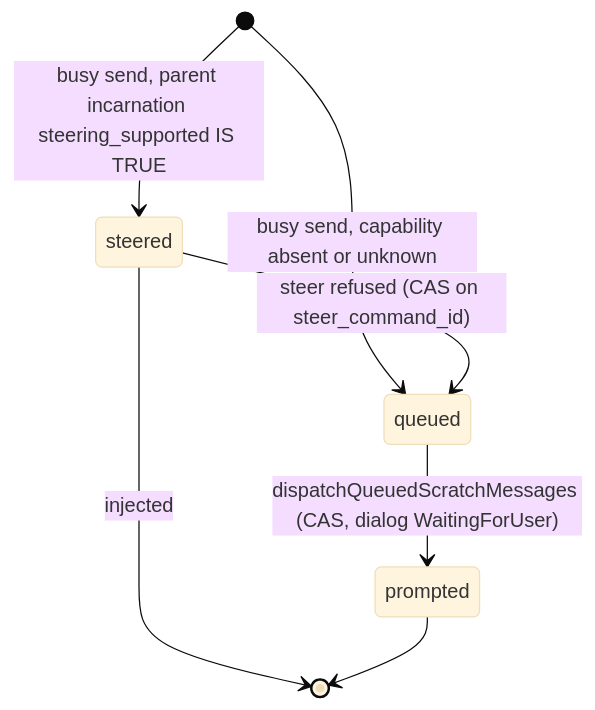
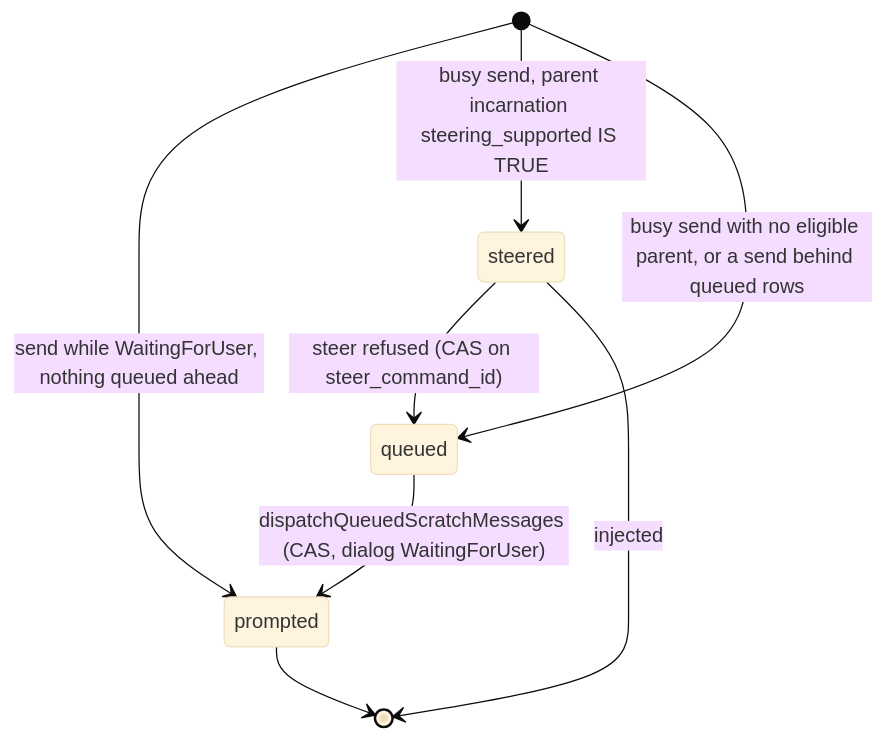
Before and after one commit to maister-dev/maister: the sixth of 8 diagrams in docs/system-analytics/execution-prompt-lifecycle.md, drawn with Mermaid (base theme). The commit also changed other lines of this file and 16 other files, not shown here.

````diff
--- a/docs/system-analytics/execution-prompt-lifecycle.md
+++ b/docs/system-analytics/execution-prompt-lifecycle.md
@@ -1481,9 +1484,10 @@
 ```mermaid
 stateDiagram-v2
+  [*] --> prompted: send while WaitingForUser, nothing queued ahead
   [*] --> steered: busy send, parent incarnation steering_supported IS TRUE
-  [*] --> queued: busy send, capability absent or unknown
+  [*] --> queued: busy send with no eligible parent, or a send behind queued rows
   steered --> queued: steer refused (CAS on steer_command_id)
   queued --> prompted: dispatchQueuedScratchMessages (CAS, dialog WaitingForUser)
   steered --> [*]: injected
   prompted --> [*]
 ```
````
